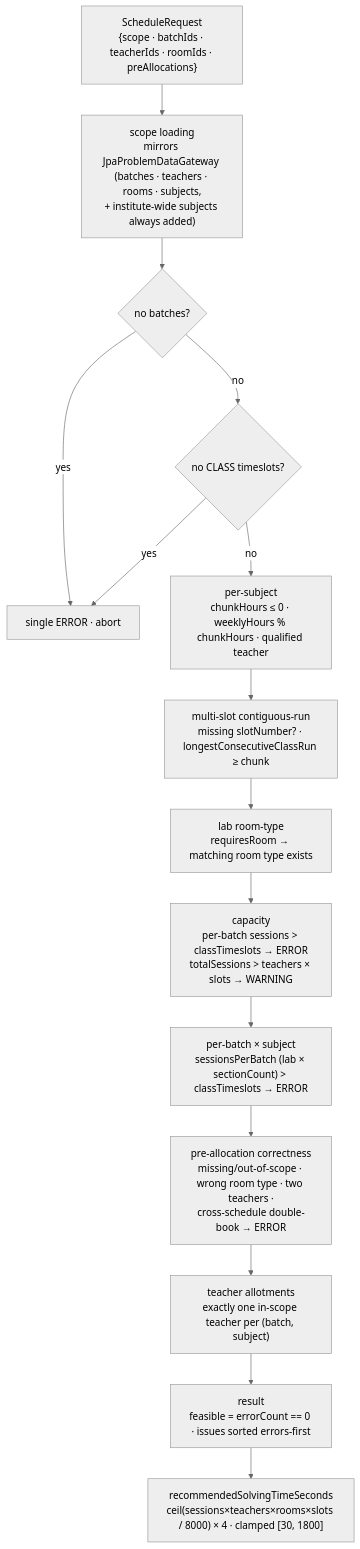
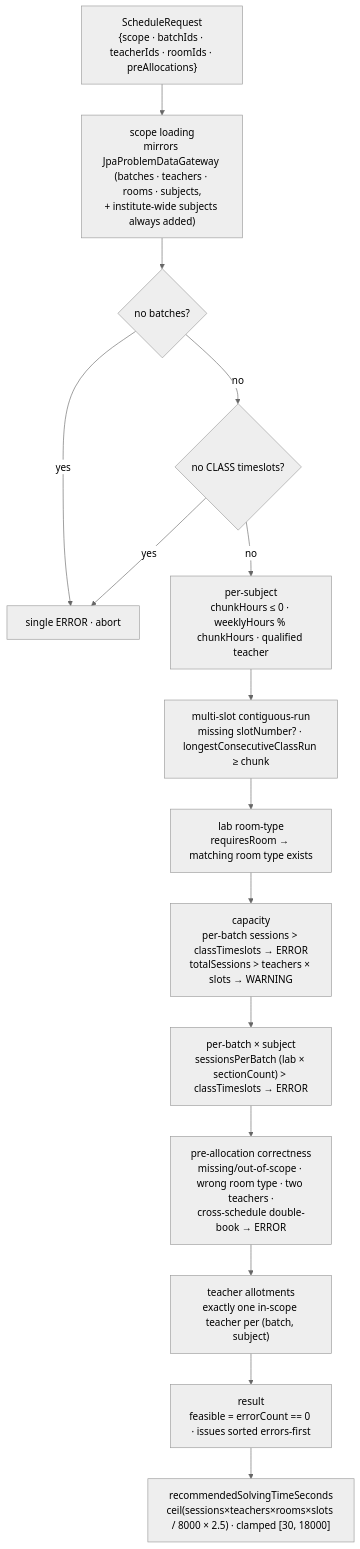
The diagram in docs/algorithms/FEASIBILITY_CHECK.md (projectARARE/ARARE), drawn with Mermaid (neutral theme) before and after one commit. The commit also changed other lines of this file and 13 other files, not shown here.

````diff
--- a/docs/algorithms/FEASIBILITY_CHECK.md
+++ b/docs/algorithms/FEASIBILITY_CHECK.md
@@ -147,17 +152,17 @@
 ```mermaid
 flowchart TD
     R["ScheduleRequest\n{scope · batchIds · teacherIds · roomIds · preAllocations}"] --> SCOPE["scope loading\nmirrors JpaProblemDataGateway (batches · teachers · rooms · subjects,\n+ institute-wide subjects always added)"]
     SCOPE --> NB{"no batches?"}
     NB -- "yes" --> ABORT["single ERROR · abort"]
     NB -- "no" --> NT{"no CLASS timeslots?"}
     NT -- "yes" --> ABORT
     NT -- "no" --> SUB["per-subject\nchunkHours ≤ 0 · weeklyHours % chunkHours · qualified teacher"]
     SUB --> M["multi-slot contiguous-run\nmissing slotNumber? · longestConsecutiveClassRun ≥ chunk"]
     M --> LAB["lab room-type\nrequiresRoom → matching room type exists"]
     LAB --> CAP["capacity\nper-batch sessions > classTimeslots → ERROR\ntotalSessions > teachers × slots → WARNING"]
     CAP --> SX["per-batch × subject\nsessionsPerBatch (lab × sectionCount) > classTimeslots → ERROR"]
     SX --> P["pre-allocation correctness\nmissing/out-of-scope · wrong room type · two teachers ·\ncross-schedule double-book → ERROR"]
     P --> AL["teacher allotments\nexactly one in-scope teacher per (batch, subject)"]
     AL --> OUT["result\nfeasible = errorCount == 0 · issues sorted errors-first"]
-    OUT --> TIME["recommendedSolvingTimeSeconds\nceil(sessions×teachers×rooms×slots / 8000) × 4 · clamped [30, 1800]"]
+    OUT --> TIME["recommendedSolvingTimeSeconds\nceil(sessions×teachers×rooms×slots / 8000 × 2.5) · clamped [30, 18000]"]
 ```
````
